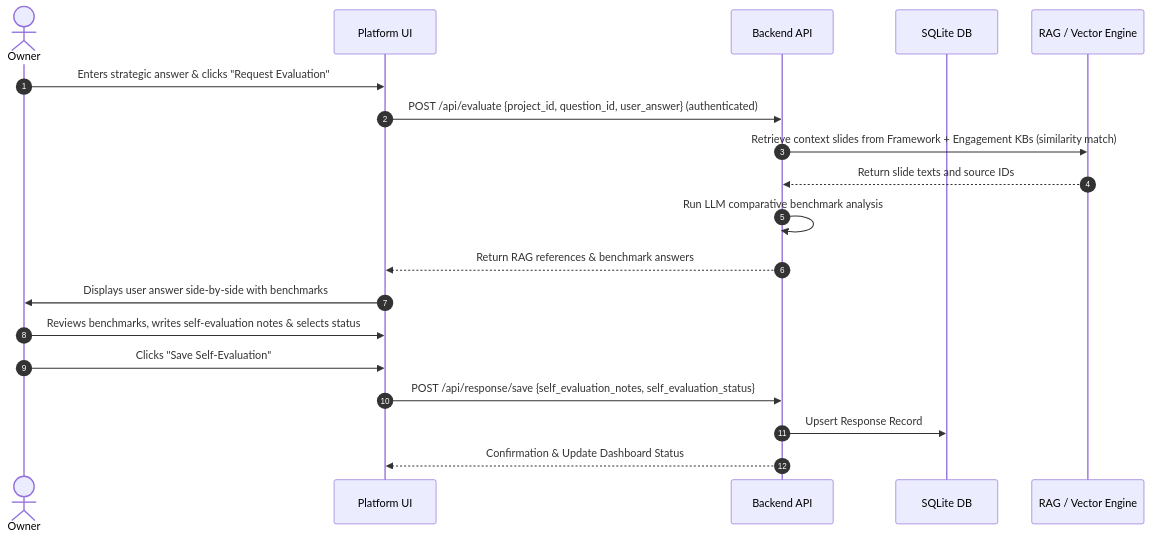
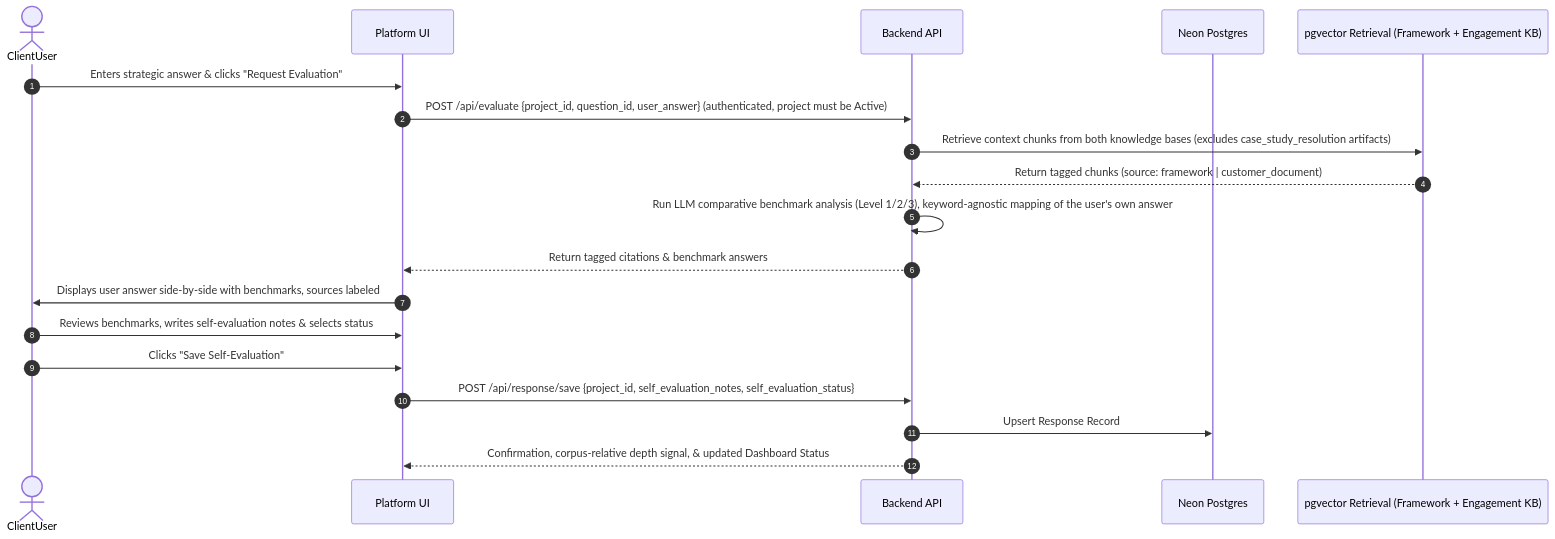
Before and after one commit to balajir2/Cosmos-Strategy-Platform: the first of 2 diagrams in documentation/product/functional-spec.md, drawn with Mermaid. The commit also changed other lines of this file, not shown here.

First line of the commit message:
docs: rewrite functional-spec.md with the Aug 24 stakeholder meeting's learning-flow design

````diff
--- a/documentation/product/functional-spec.md
+++ b/documentation/product/functional-spec.md
@@ -68,22 +113,22 @@
 ```mermaid
 sequenceDiagram
     autonumber
-    actor User as Owner
+    actor User as ClientUser
     participant Sys as Platform UI
     participant BE as Backend API
-    participant DB as SQLite DB
-    participant RAG as RAG / Vector Engine
+    participant DB as Neon Postgres
+    participant RAG as pgvector Retrieval (Framework + Engagement KB)
 
     User->>Sys: Enters strategic answer & clicks "Request Evaluation"
-    Sys->>BE: POST /api/evaluate {project_id, question_id, user_answer} (authenticated)
-    BE->>RAG: Retrieve context slides from Framework + Engagement KBs (similarity match)
-    RAG-->>BE: Return slide texts and source IDs
-    BE->>BE: Run LLM comparative benchmark analysis
-    BE-->>Sys: Return RAG references & benchmark answers
-    Sys->>User: Displays user answer side-by-side with benchmarks
+    Sys->>BE: POST /api/evaluate {project_id, question_id, user_answer} (authenticated, project must be Active)
+    BE->>RAG: Retrieve context chunks from both knowledge bases (excludes case_study_resolution artifacts)
+    RAG-->>BE: Return tagged chunks (source: framework | customer_document)
+    BE->>BE: Run LLM comparative benchmark analysis (Level 1/2/3), keyword-agnostic mapping of the user's own answer
+    BE-->>Sys: Return tagged citations & benchmark answers
+    Sys->>User: Displays user answer side-by-side with benchmarks, sources labeled
     User->>Sys: Reviews benchmarks, writes self-evaluation notes & selects status
     User->>Sys: Clicks "Save Self-Evaluation"
-    Sys->>BE: POST /api/response/save {self_evaluation_notes, self_evaluation_status}
+    Sys->>BE: POST /api/response/save {project_id, self_evaluation_notes, self_evaluation_status}
     BE->>DB: Upsert Response Record
-    BE-->>Sys: Confirmation & Update Dashboard Status
+    BE-->>Sys: Confirmation, corpus-relative depth signal, & updated Dashboard Status
 ```
````
